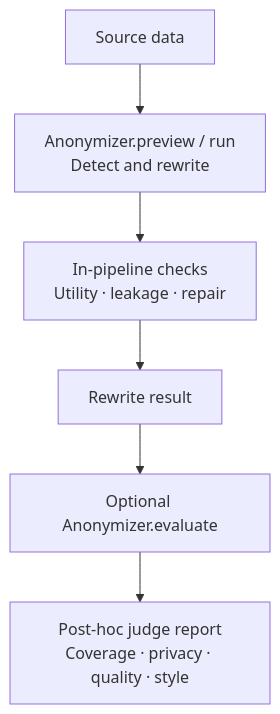
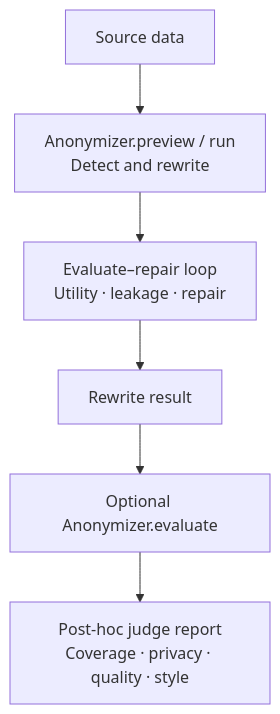
One commit to NVIDIA-NeMo/Anonymizer changed the first of 2 diagrams in docs/devnotes/posts/evaluation-anonymizer-rewrite.md. Above: the diagram before and after it, drawn with Mermaid. The commit also changed other lines of this file, not shown here.

````diff
--- a/docs/devnotes/posts/evaluation-anonymizer-rewrite.md
+++ b/docs/devnotes/posts/evaluation-anonymizer-rewrite.md
@@ -30,8 +30,8 @@
 ```mermaid
 flowchart TD
     A[Source data] --> B[Anonymizer.preview / run\nDetect and rewrite]
-    B --> C[In-pipeline checks\nUtility · leakage · repair]
+    B --> C[Evaluate–repair loop\nUtility · leakage · repair]
     C --> D[Rewrite result]
     D --> E[Optional Anonymizer.evaluate]
     E --> F[Post-hoc judge report\nCoverage · privacy · quality · style]
 ```
````
